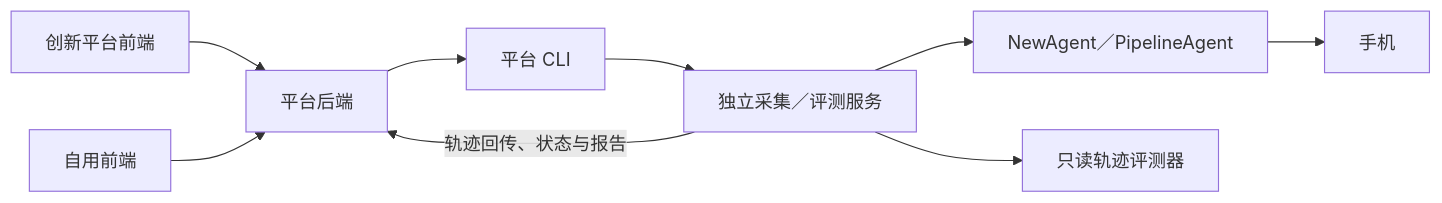
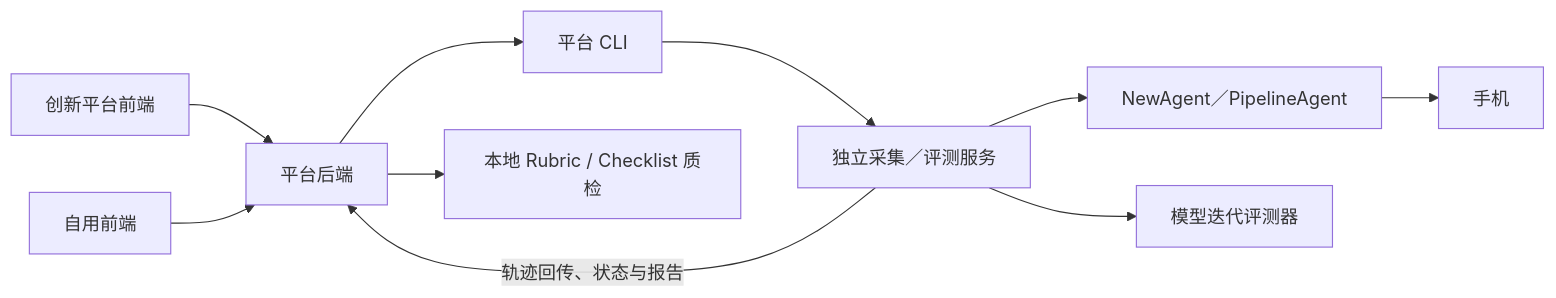
Before and after one commit to Jiawen9/AgenticDataFlywheel: the diagram in README.md, drawn with Mermaid. The commit also changed other lines of this file and 98 other files, not shown here.

````diff
--- a/README.md
+++ b/README.md
@@ -23,11 +24,12 @@
 ```mermaid
 flowchart LR
     I[创新平台前端] --> B[平台后端]
     F[自用前端] --> B
     B --> C[平台 CLI]
     C --> S[独立采集／评测服务]
     S --> E[NewAgent／PipelineAgent]
     E --> P[手机]
-    S --> V[只读轨迹评测器]
+    S --> V[模型迭代评测器]
+    B --> Q[本地 Rubric / Checklist 质检]
     S -->|轨迹回传、状态与报告| B
 ```
````
